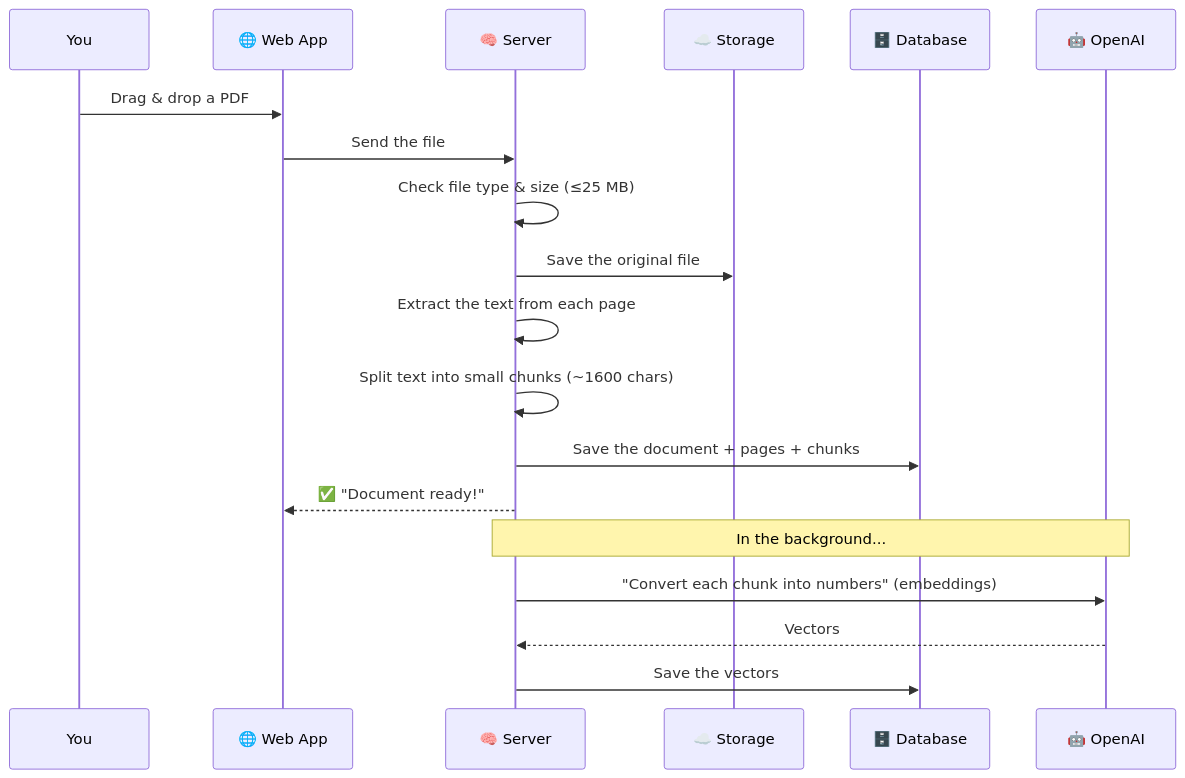
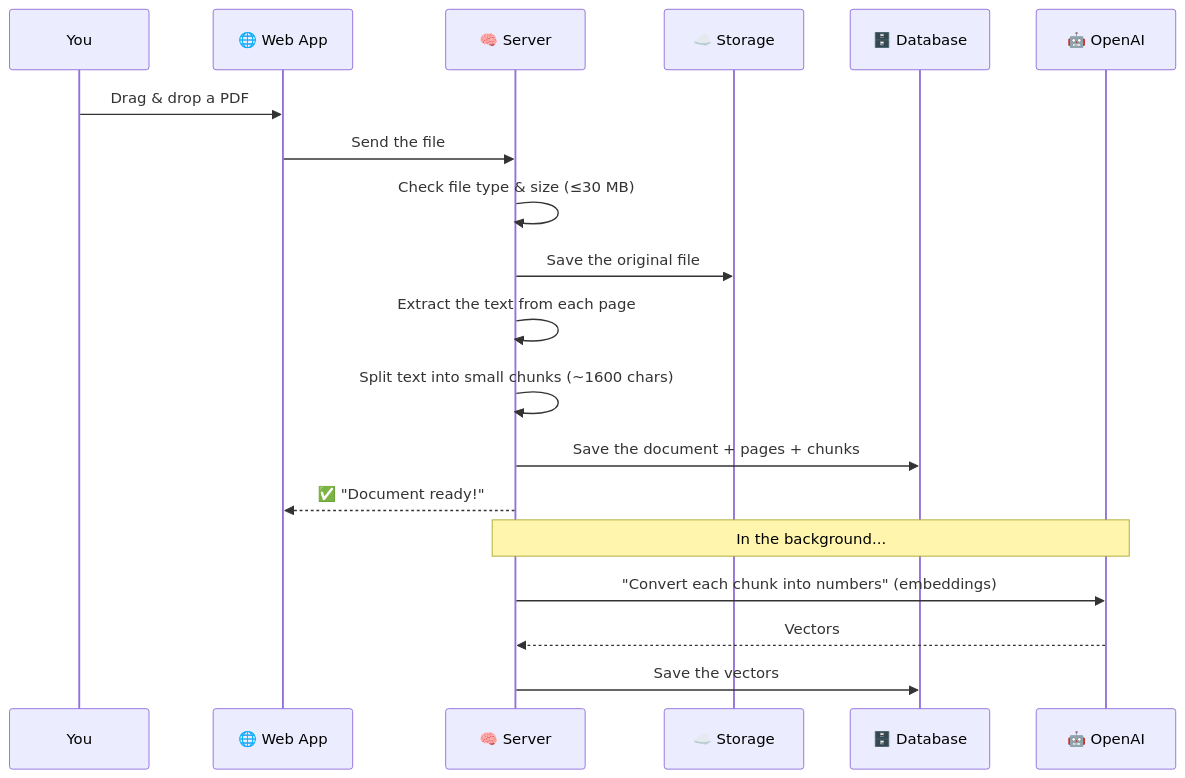
The second of 8 diagrams in README.md (Rezkaudi/AI-Voice-Tutor-for-Documents-), drawn with Mermaid before and after one commit. The commit also changed other lines of this file and 7 other files, not shown here.

````diff
--- a/README.md
+++ b/README.md
@@ -85,22 +85,22 @@
 ```mermaid
 sequenceDiagram
     participant You
     participant App as 🌐 Web App
     participant Server as 🧠 Server
     participant S3 as ☁️ Storage
     participant DB as 🗄️ Database
     participant AI as 🤖 OpenAI
 
     You->>App: Drag & drop a PDF
     App->>Server: Send the file
-    Server->>Server: Check file type & size (≤25 MB)
+    Server->>Server: Check file type & size (≤30 MB)
     Server->>S3: Save the original file
     Server->>Server: Extract the text from each page
     Server->>Server: Split text into small chunks (~1600 chars)
     Server->>DB: Save the document + pages + chunks
     Server-->>App: ✅ "Document ready!"
     Note over Server,AI: In the background...
     Server->>AI: "Convert each chunk into numbers" (embeddings)
     AI-->>Server: Vectors
     Server->>DB: Save the vectors
 ```
````
